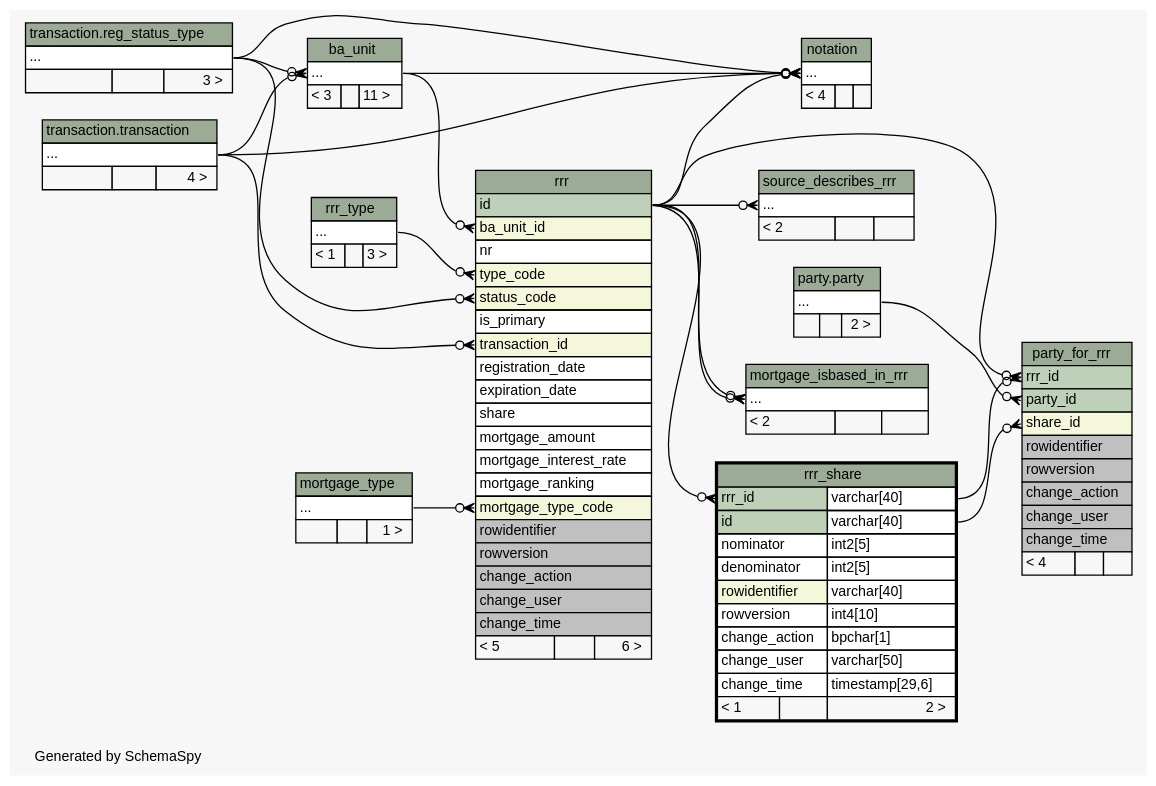
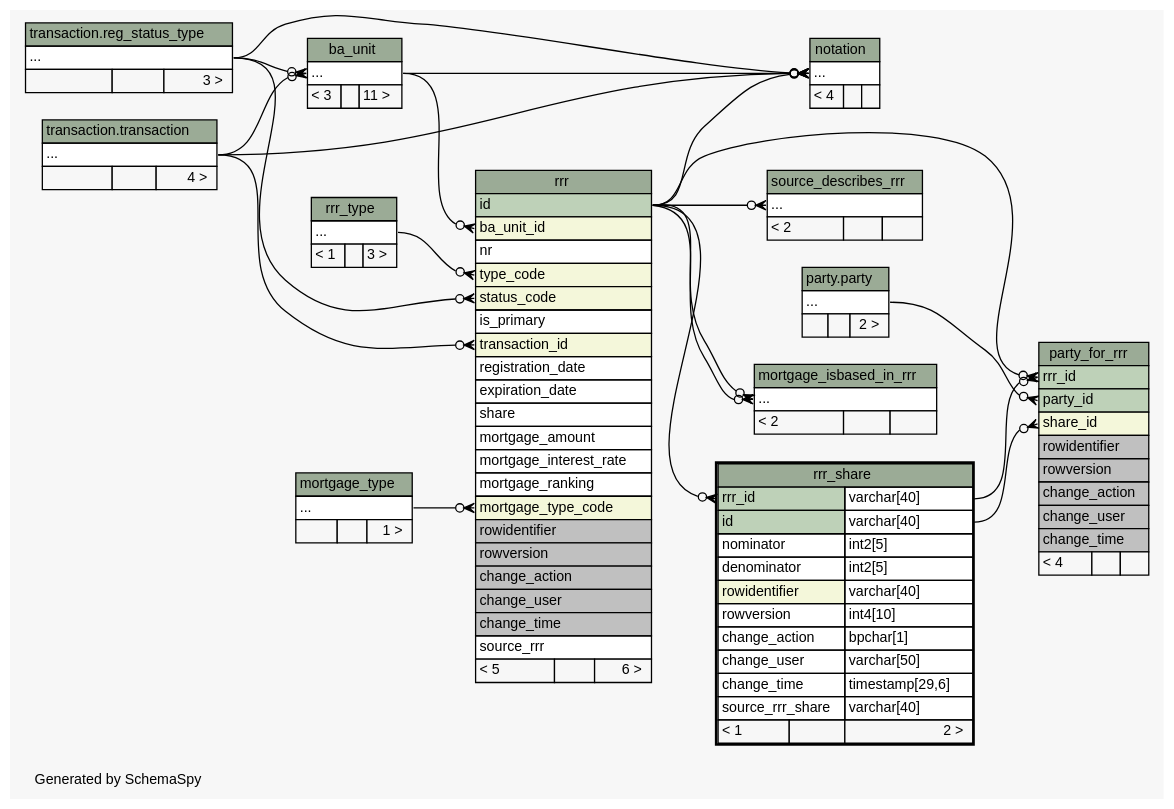
The diagram in doc/administrative/diagrams/rrr_share.2degrees.dot (SOLA-SAMOA/database), drawn with Graphviz before and after one commit. The commit also changed 326 other files, not shown here.

Commit message:
Updated database schema and data

```diff
--- a/doc/administrative/diagrams/rrr_share.2degrees.dot
+++ b/doc/administrative/diagrams/rrr_share.2degrees.dot
@@ -1,194 +1,196 @@
 // dot 2.36.0 on Windows 7 6.1
 // SchemaSpy rev 590
 digraph "twoDegreesRelationshipsDiagram" {
   graph [
     rankdir="RL"
     bgcolor="#f7f7f7"
     label="\nGenerated by SchemaSpy"
     labeljust="l"
     nodesep="0.18"
     ranksep="0.46"
     fontname="Helvetica"
     fontsize="11"
   ];
   node [
     fontname="Helvetica"
     fontsize="11"
     shape="plaintext"
   ];
   edge [
     arrowsize="0.8"
   ];
   "ba_unit":"elipses":w -> "transaction.reg_status_type":"elipses":e [arrowhead=none dir=back arrowtail=crowodot];
   "ba_unit":"elipses":w -> "transaction.transaction":"elipses":e [arrowhead=none dir=back arrowtail=crowodot];
   "mortgage_isbased_in_rrr":"elipses":w -> "rrr":"id":e [arrowhead=none dir=back arrowtail=crowodot];
   "mortgage_isbased_in_rrr":"elipses":w -> "rrr":"id":e [arrowhead=none dir=back arrowtail=crowodot];
   "notation":"elipses":w -> "ba_unit":"elipses":e [arrowhead=none dir=back arrowtail=crowodot];
   "notation":"elipses":w -> "rrr":"id":e [arrowhead=none dir=back arrowtail=crowodot];
   "notation":"elipses":w -> "transaction.reg_status_type":"elipses":e [arrowhead=none dir=back arrowtail=crowodot];
   "notation":"elipses":w -> "transaction.transaction":"elipses":e [arrowhead=none dir=back arrowtail=crowodot];
   "party_for_rrr":"party_id":w -> "party.party":"elipses":e [arrowhead=none dir=back arrowtail=crowodot];
   "party_for_rrr":"rrr_id":w -> "rrr":"id":e [arrowhead=none dir=back arrowtail=crowodot];
   "party_for_rrr":"rrr_id":w -> "rrr_share":"rrr_id.type":e [arrowhead=none dir=back arrowtail=crowodot];
   "party_for_rrr":"share_id":w -> "rrr_share":"id.type":e [arrowhead=none dir=back arrowtail=crowodot];
   "rrr":"ba_unit_id":w -> "ba_unit":"elipses":e [arrowhead=none dir=back arrowtail=crowodot];
   "rrr":"mortgage_type_code":w -> "mortgage_type":"elipses":e [arrowhead=none dir=back arrowtail=crowodot];
   "rrr":"status_code":w -> "transaction.reg_status_type":"elipses":e [arrowhead=none dir=back arrowtail=crowodot];
   "rrr":"transaction_id":w -> "transaction.transaction":"elipses":e [arrowhead=none dir=back arrowtail=crowodot];
   "rrr":"type_code":w -> "rrr_type":"elipses":e [arrowhead=none dir=back arrowtail=crowodot];
   "rrr_share":"rrr_id":w -> "rrr":"id":e [arrowhead=none dir=back arrowtail=crowodot];
   "source_describes_rrr":"elipses":w -> "rrr":"id":e [arrowhead=none dir=back arrowtail=crowodot];
   "ba_unit" [
     label=<
     <TABLE BORDER="0" CELLBORDER="1" CELLSPACING="0" BGCOLOR="#ffffff">
       <TR><TD COLSPAN="3" BGCOLOR="#9bab96" ALIGN="CENTER">ba_unit</TD></TR>
       <TR><TD PORT="elipses" COLSPAN="3" ALIGN="LEFT">...</TD></TR>
       <TR><TD ALIGN="LEFT" BGCOLOR="#f7f7f7">&lt; 3</TD><TD ALIGN="RIGHT" BGCOLOR="#f7f7f7">  </TD><TD ALIGN="RIGHT" BGCOLOR="#f7f7f7">11 &gt;</TD></TR>
     </TABLE>>
     URL="ba_unit.html"
     tooltip="ba_unit"
   ];
   "mortgage_isbased_in_rrr" [
     label=<
     <TABLE BORDER="0" CELLBORDER="1" CELLSPACING="0" BGCOLOR="#ffffff">
       <TR><TD COLSPAN="3" BGCOLOR="#9bab96" ALIGN="CENTER">mortgage_isbased_in_rrr</TD></TR>
       <TR><TD PORT="elipses" COLSPAN="3" ALIGN="LEFT">...</TD></TR>
       <TR><TD ALIGN="LEFT" BGCOLOR="#f7f7f7">&lt; 2</TD><TD ALIGN="RIGHT" BGCOLOR="#f7f7f7">  </TD><TD ALIGN="RIGHT" BGCOLOR="#f7f7f7">  </TD></TR>
     </TABLE>>
     URL="mortgage_isbased_in_rrr.html"
     tooltip="mortgage_isbased_in_rrr"
   ];
   "mortgage_type" [
     label=<
     <TABLE BORDER="0" CELLBORDER="1" CELLSPACING="0" BGCOLOR="#ffffff">
       <TR><TD COLSPAN="3" BGCOLOR="#9bab96" ALIGN="CENTER">mortgage_type</TD></TR>
       <TR><TD PORT="elipses" COLSPAN="3" ALIGN="LEFT">...</TD></TR>
       <TR><TD ALIGN="LEFT" BGCOLOR="#f7f7f7">  </TD><TD ALIGN="RIGHT" BGCOLOR="#f7f7f7">  </TD><TD ALIGN="RIGHT" BGCOLOR="#f7f7f7">1 &gt;</TD></TR>
     </TABLE>>
     URL="mortgage_type.html"
     tooltip="mortgage_type"
   ];
   "notation" [
     label=<
     <TABLE BORDER="0" CELLBORDER="1" CELLSPACING="0" BGCOLOR="#ffffff">
       <TR><TD COLSPAN="3" BGCOLOR="#9bab96" ALIGN="CENTER">notation</TD></TR>
       <TR><TD PORT="elipses" COLSPAN="3" ALIGN="LEFT">...</TD></TR>
       <TR><TD ALIGN="LEFT" BGCOLOR="#f7f7f7">&lt; 4</TD><TD ALIGN="RIGHT" BGCOLOR="#f7f7f7">  </TD><TD ALIGN="RIGHT" BGCOLOR="#f7f7f7">  </TD></TR>
     </TABLE>>
     URL="notation.html"
     tooltip="notation"
   ];
   "party.party" [
     label=<
     <TABLE BORDER="0" CELLBORDER="1" CELLSPACING="0" BGCOLOR="#ffffff">
       <TR><TD COLSPAN="3" BGCOLOR="#9bab96" ALIGN="CENTER">party.party</TD></TR>
       <TR><TD PORT="elipses" COLSPAN="3" ALIGN="LEFT">...</TD></TR>
       <TR><TD ALIGN="LEFT" BGCOLOR="#f7f7f7">  </TD><TD ALIGN="RIGHT" BGCOLOR="#f7f7f7">  </TD><TD ALIGN="RIGHT" BGCOLOR="#f7f7f7">2 &gt;</TD></TR>
     </TABLE>>
     URL="../../party/tables/party.html"
     tooltip="party.party"
   ];
   "party_for_rrr" [
     label=<
     <TABLE BORDER="0" CELLBORDER="1" CELLSPACING="0" BGCOLOR="#ffffff">
       <TR><TD COLSPAN="3" BGCOLOR="#9bab96" ALIGN="CENTER">party_for_rrr</TD></TR>
       <TR><TD PORT="rrr_id" COLSPAN="3" BGCOLOR="#bed1b8" ALIGN="LEFT">rrr_id</TD></TR>
       <TR><TD PORT="party_id" COLSPAN="3" BGCOLOR="#bed1b8" ALIGN="LEFT">party_id</TD></TR>
       <TR><TD PORT="share_id" COLSPAN="3" BGCOLOR="#f4f7da" ALIGN="LEFT">share_id</TD></TR>
       <TR><TD PORT="rowidentifier" COLSPAN="3" BGCOLOR="#c0c0c0" ALIGN="LEFT">rowidentifier</TD></TR>
       <TR><TD PORT="rowversion" COLSPAN="3" BGCOLOR="#c0c0c0" ALIGN="LEFT">rowversion</TD></TR>
       <TR><TD PORT="change_action" COLSPAN="3" BGCOLOR="#c0c0c0" ALIGN="LEFT">change_action</TD></TR>
       <TR><TD PORT="change_user" COLSPAN="3" BGCOLOR="#c0c0c0" ALIGN="LEFT">change_user</TD></TR>
       <TR><TD PORT="change_time" COLSPAN="3" BGCOLOR="#c0c0c0" ALIGN="LEFT">change_time</TD></TR>
       <TR><TD ALIGN="LEFT" BGCOLOR="#f7f7f7">&lt; 4</TD><TD ALIGN="RIGHT" BGCOLOR="#f7f7f7">  </TD><TD ALIGN="RIGHT" BGCOLOR="#f7f7f7">  </TD></TR>
     </TABLE>>
     URL="party_for_rrr.html"
     tooltip="party_for_rrr"
   ];
   "transaction.reg_status_type" [
     label=<
     <TABLE BORDER="0" CELLBORDER="1" CELLSPACING="0" BGCOLOR="#ffffff">
       <TR><TD COLSPAN="3" BGCOLOR="#9bab96" ALIGN="CENTER">transaction.reg_status_type</TD></TR>
       <TR><TD PORT="elipses" COLSPAN="3" ALIGN="LEFT">...</TD></TR>
       <TR><TD ALIGN="LEFT" BGCOLOR="#f7f7f7">  </TD><TD ALIGN="RIGHT" BGCOLOR="#f7f7f7">  </TD><TD ALIGN="RIGHT" BGCOLOR="#f7f7f7">3 &gt;</TD></TR>
     </TABLE>>
     URL="../../transaction/tables/reg_status_type.html"
     tooltip="transaction.reg_status_type"
   ];
   "rrr" [
     label=<
     <TABLE BORDER="0" CELLBORDER="1" CELLSPACING="0" BGCOLOR="#ffffff">
       <TR><TD COLSPAN="3" BGCOLOR="#9bab96" ALIGN="CENTER">rrr</TD></TR>
       <TR><TD PORT="id" COLSPAN="3" BGCOLOR="#bed1b8" ALIGN="LEFT">id</TD></TR>
       <TR><TD PORT="ba_unit_id" COLSPAN="3" BGCOLOR="#f4f7da" ALIGN="LEFT">ba_unit_id</TD></TR>
       <TR><TD PORT="nr" COLSPAN="3" ALIGN="LEFT">nr</TD></TR>
       <TR><TD PORT="type_code" COLSPAN="3" BGCOLOR="#f4f7da" ALIGN="LEFT">type_code</TD></TR>
       <TR><TD PORT="status_code" COLSPAN="3" BGCOLOR="#f4f7da" ALIGN="LEFT">status_code</TD></TR>
       <TR><TD PORT="is_primary" COLSPAN="3" ALIGN="LEFT">is_primary</TD></TR>
       <TR><TD PORT="transaction_id" COLSPAN="3" BGCOLOR="#f4f7da" ALIGN="LEFT">transaction_id</TD></TR>
       <TR><TD PORT="registration_date" COLSPAN="3" ALIGN="LEFT">registration_date</TD></TR>
       <TR><TD PORT="expiration_date" COLSPAN="3" ALIGN="LEFT">expiration_date</TD></TR>
       <TR><TD PORT="share" COLSPAN="3" ALIGN="LEFT">share</TD></TR>
       <TR><TD PORT="mortgage_amount" COLSPAN="3" ALIGN="LEFT">mortgage_amount</TD></TR>
       <TR><TD PORT="mortgage_interest_rate" COLSPAN="3" ALIGN="LEFT">mortgage_interest_rate</TD></TR>
       <TR><TD PORT="mortgage_ranking" COLSPAN="3" ALIGN="LEFT">mortgage_ranking</TD></TR>
       <TR><TD PORT="mortgage_type_code" COLSPAN="3" BGCOLOR="#f4f7da" ALIGN="LEFT">mortgage_type_code</TD></TR>
       <TR><TD PORT="rowidentifier" COLSPAN="3" BGCOLOR="#c0c0c0" ALIGN="LEFT">rowidentifier</TD></TR>
       <TR><TD PORT="rowversion" COLSPAN="3" BGCOLOR="#c0c0c0" ALIGN="LEFT">rowversion</TD></TR>
       <TR><TD PORT="change_action" COLSPAN="3" BGCOLOR="#c0c0c0" ALIGN="LEFT">change_action</TD></TR>
       <TR><TD PORT="change_user" COLSPAN="3" BGCOLOR="#c0c0c0" ALIGN="LEFT">change_user</TD></TR>
       <TR><TD PORT="change_time" COLSPAN="3" BGCOLOR="#c0c0c0" ALIGN="LEFT">change_time</TD></TR>
+      <TR><TD PORT="source_rrr" COLSPAN="3" ALIGN="LEFT">source_rrr</TD></TR>
       <TR><TD ALIGN="LEFT" BGCOLOR="#f7f7f7">&lt; 5</TD><TD ALIGN="RIGHT" BGCOLOR="#f7f7f7">  </TD><TD ALIGN="RIGHT" BGCOLOR="#f7f7f7">6 &gt;</TD></TR>
     </TABLE>>
     URL="rrr.html"
     tooltip="rrr"
   ];
   "rrr_share" [
     label=<
     <TABLE BORDER="2" CELLBORDER="1" CELLSPACING="0" BGCOLOR="#ffffff">
       <TR><TD COLSPAN="3" BGCOLOR="#9bab96" ALIGN="CENTER">rrr_share</TD></TR>
       <TR><TD PORT="rrr_id" COLSPAN="2" BGCOLOR="#bed1b8" ALIGN="LEFT">rrr_id</TD><TD PORT="rrr_id.type" ALIGN="LEFT">varchar[40]</TD></TR>
       <TR><TD PORT="id" COLSPAN="2" BGCOLOR="#bed1b8" ALIGN="LEFT">id</TD><TD PORT="id.type" ALIGN="LEFT">varchar[40]</TD></TR>
       <TR><TD PORT="nominator" COLSPAN="2" ALIGN="LEFT">nominator</TD><TD PORT="nominator.type" ALIGN="LEFT">int2[5]</TD></TR>
       <TR><TD PORT="denominator" COLSPAN="2" ALIGN="LEFT">denominator</TD><TD PORT="denominator.type" ALIGN="LEFT">int2[5]</TD></TR>
       <TR><TD PORT="rowidentifier" COLSPAN="2" BGCOLOR="#f4f7da" ALIGN="LEFT">rowidentifier</TD><TD PORT="rowidentifier.type" ALIGN="LEFT">varchar[40]</TD></TR>
       <TR><TD PORT="rowversion" COLSPAN="2" ALIGN="LEFT">rowversion</TD><TD PORT="rowversion.type" ALIGN="LEFT">int4[10]</TD></TR>
       <TR><TD PORT="change_action" COLSPAN="2" ALIGN="LEFT">change_action</TD><TD PORT="change_action.type" ALIGN="LEFT">bpchar[1]</TD></TR>
       <TR><TD PORT="change_user" COLSPAN="2" ALIGN="LEFT">change_user</TD><TD PORT="change_user.type" ALIGN="LEFT">varchar[50]</TD></TR>
       <TR><TD PORT="change_time" COLSPAN="2" ALIGN="LEFT">change_time</TD><TD PORT="change_time.type" ALIGN="LEFT">timestamp[29,6]</TD></TR>
+      <TR><TD PORT="source_rrr_share" COLSPAN="2" ALIGN="LEFT">source_rrr_share</TD><TD PORT="source_rrr_share.type" ALIGN="LEFT">varchar[40]</TD></TR>
       <TR><TD ALIGN="LEFT" BGCOLOR="#f7f7f7">&lt; 1</TD><TD ALIGN="RIGHT" BGCOLOR="#f7f7f7">  </TD><TD ALIGN="RIGHT" BGCOLOR="#f7f7f7">2 &gt;</TD></TR>
     </TABLE>>
     URL="rrr_share.html"
     tooltip="rrr_share"
   ];
   "rrr_type" [
     label=<
     <TABLE BORDER="0" CELLBORDER="1" CELLSPACING="0" BGCOLOR="#ffffff">
       <TR><TD COLSPAN="3" BGCOLOR="#9bab96" ALIGN="CENTER">rrr_type</TD></TR>
       <TR><TD PORT="elipses" COLSPAN="3" ALIGN="LEFT">...</TD></TR>
       <TR><TD ALIGN="LEFT" BGCOLOR="#f7f7f7">&lt; 1</TD><TD ALIGN="RIGHT" BGCOLOR="#f7f7f7">  </TD><TD ALIGN="RIGHT" BGCOLOR="#f7f7f7">3 &gt;</TD></TR>
     </TABLE>>
     URL="rrr_type.html"
     tooltip="rrr_type"
   ];
   "source_describes_rrr" [
     label=<
     <TABLE BORDER="0" CELLBORDER="1" CELLSPACING="0" BGCOLOR="#ffffff">
       <TR><TD COLSPAN="3" BGCOLOR="#9bab96" ALIGN="CENTER">source_describes_rrr</TD></TR>
       <TR><TD PORT="elipses" COLSPAN="3" ALIGN="LEFT">...</TD></TR>
       <TR><TD ALIGN="LEFT" BGCOLOR="#f7f7f7">&lt; 2</TD><TD ALIGN="RIGHT" BGCOLOR="#f7f7f7">  </TD><TD ALIGN="RIGHT" BGCOLOR="#f7f7f7">  </TD></TR>
     </TABLE>>
     URL="source_describes_rrr.html"
     tooltip="source_describes_rrr"
   ];
   "transaction.transaction" [
     label=<
     <TABLE BORDER="0" CELLBORDER="1" CELLSPACING="0" BGCOLOR="#ffffff">
       <TR><TD COLSPAN="3" BGCOLOR="#9bab96" ALIGN="CENTER">transaction.transaction</TD></TR>
       <TR><TD PORT="elipses" COLSPAN="3" ALIGN="LEFT">...</TD></TR>
       <TR><TD ALIGN="LEFT" BGCOLOR="#f7f7f7">  </TD><TD ALIGN="RIGHT" BGCOLOR="#f7f7f7">  </TD><TD ALIGN="RIGHT" BGCOLOR="#f7f7f7">4 &gt;</TD></TR>
     </TABLE>>
     URL="../../transaction/tables/transaction.html"
     tooltip="transaction.transaction"
   ];
 }
```
